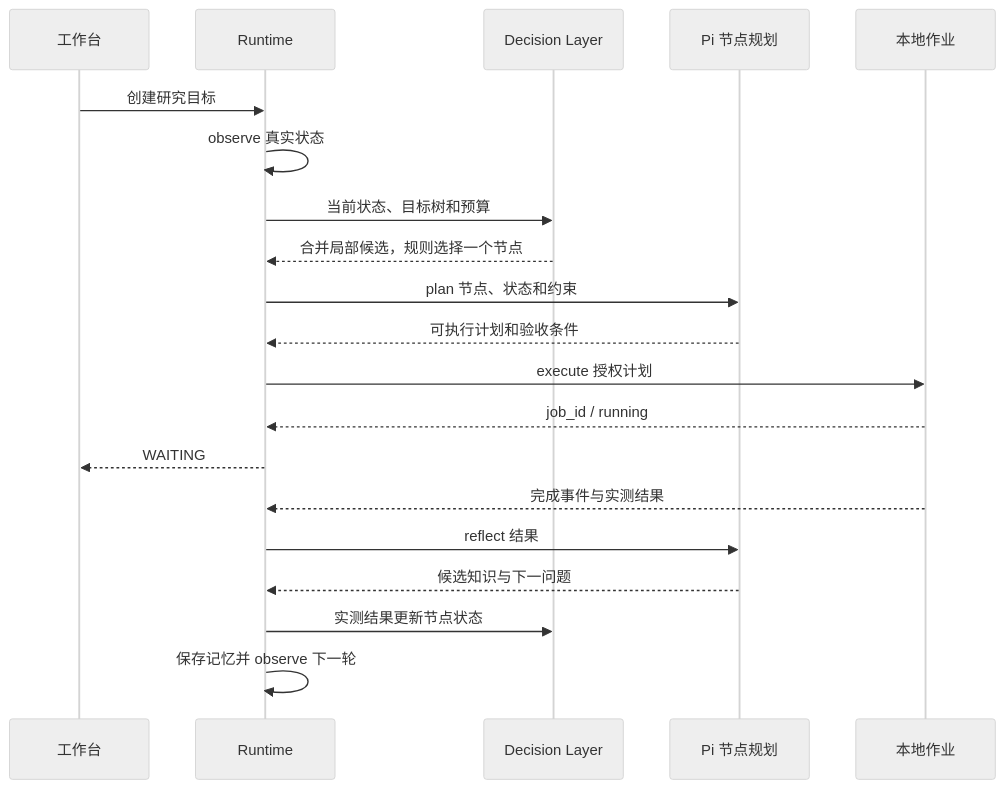
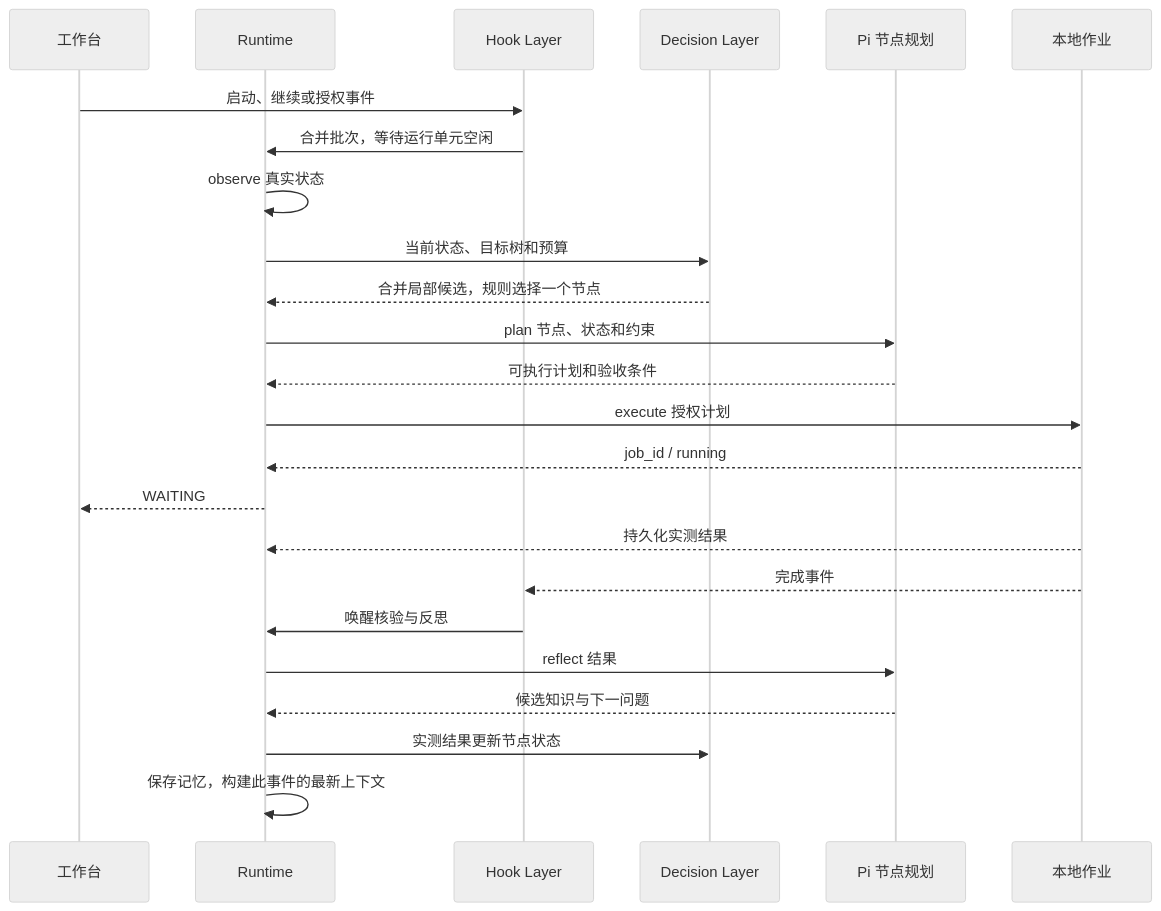
One commit to Linmoqian/Yunfeng changed the diagram in docs/api/2026-10-15-research-runtime.md. Above: the diagram before and after it, drawn with Mermaid (neutral theme). The commit also changed other lines of this file and 16 other files, not shown here.

````diff
--- a/docs/api/2026-10-15-research-runtime.md
+++ b/docs/api/2026-10-15-research-runtime.md
@@ -98,22 +103,26 @@
 ```mermaid
 sequenceDiagram
   participant UI as 工作台
   participant R as Runtime
+  participant H as Hook Layer
   participant D as Decision Layer
   participant P as Pi 节点规划
   participant J as 本地作业
-  UI->>R: 创建研究目标
+  UI->>H: 启动、继续或授权事件
+  H->>R: 合并批次，等待运行单元空闲
   R->>R: observe 真实状态
   R->>D: 当前状态、目标树和预算
   D-->>R: 合并局部候选，规则选择一个节点
   R->>P: plan 节点、状态和约束
   P-->>R: 可执行计划和验收条件
   R->>J: execute 授权计划
   J-->>R: job_id / running
   R-->>UI: WAITING
-  J-->>R: 完成事件与实测结果
+  J-->>R: 持久化实测结果
+  J-->>H: 完成事件
+  H->>R: 唤醒核验与反思
   R->>P: reflect 结果
   P-->>R: 候选知识与下一问题
   R->>D: 实测结果更新节点状态
-  R->>R: 保存记忆并 observe 下一轮
+  R->>R: 保存记忆，构建此事件的最新上下文
 ```
````
